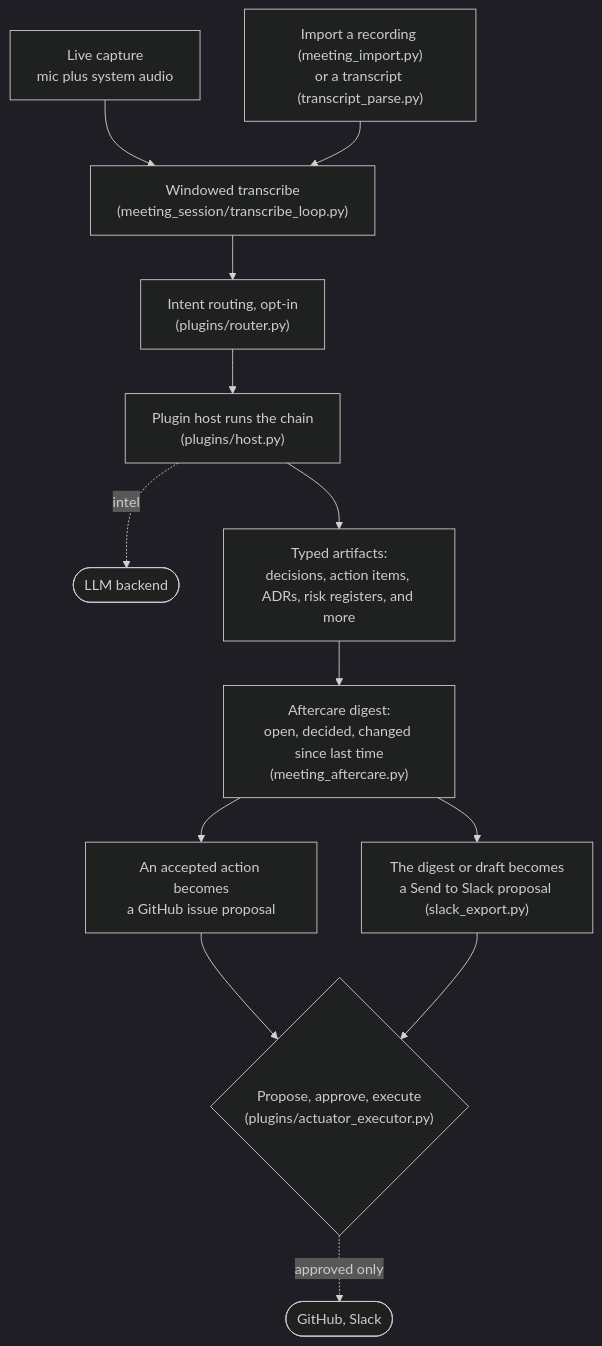
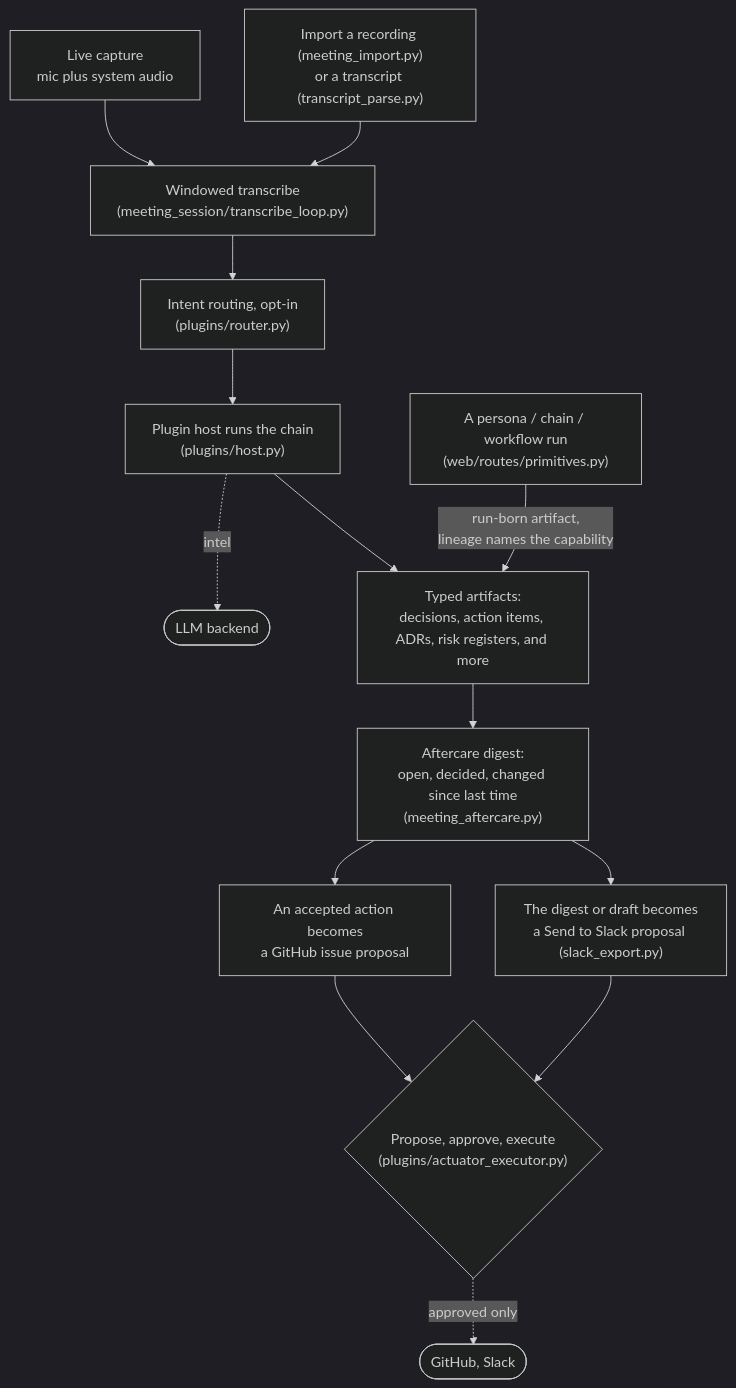
The sixth of 7 diagrams in docs/ARCHITECTURE.md (karolswdev/HoldSpeak), drawn with Mermaid (dark theme) before and after one commit. The commit also changed other lines of this file and 3 other files, not shown here.

First line of the commit message:
Phase 76 (HS-76-03): ARCHITECTURE catches up to 72–75 — done

````diff
--- a/docs/ARCHITECTURE.md
+++ b/docs/ARCHITECTURE.md
@@ -236,16 +246,17 @@
 ```mermaid
 flowchart TD
   LIVE["Live capture<br/>mic plus system audio"] --> TRW
   IMP["Import a recording (meeting_import.py)<br/>or a transcript (transcript_parse.py)"] --> TRW
   TRW["Windowed transcribe<br/>(meeting_session/transcribe_loop.py)"] --> ROUTE
   ROUTE["Intent routing, opt-in<br/>(plugins/router.py)"] --> HOST
   HOST["Plugin host runs the chain<br/>(plugins/host.py)"]
   HOST -. "intel" .-> LLM(["LLM backend"])
   HOST --> ART["Typed artifacts:<br/>decisions, action items, ADRs, risk registers, and more"]
+  RUNB["A persona / chain / workflow run<br/>(web/routes/primitives.py)"] -- "run-born artifact,<br/>lineage names the capability" --> ART
   ART --> AFT["Aftercare digest:<br/>open, decided, changed since last time<br/>(meeting_aftercare.py)"]
   AFT --> ISSUE["An accepted action becomes<br/>a GitHub issue proposal"]
   AFT --> SLACK["The digest or draft becomes<br/>a Send to Slack proposal (slack_export.py)"]
   ISSUE --> APV{"Propose, approve, execute<br/>(plugins/actuator_executor.py)"}
   SLACK --> APV
   APV -. "approved only" .-> EXT(["GitHub, Slack"])
 ```
````
